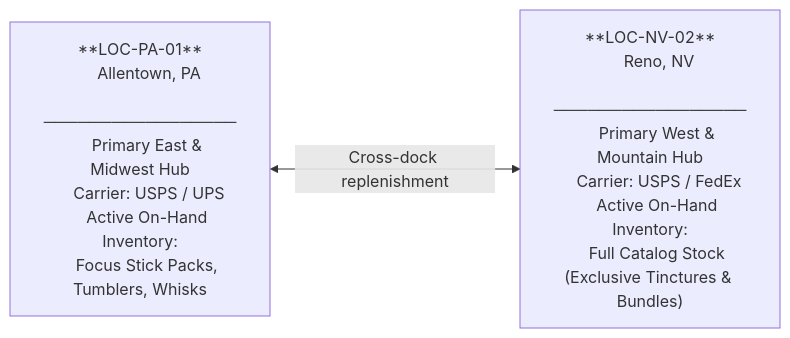
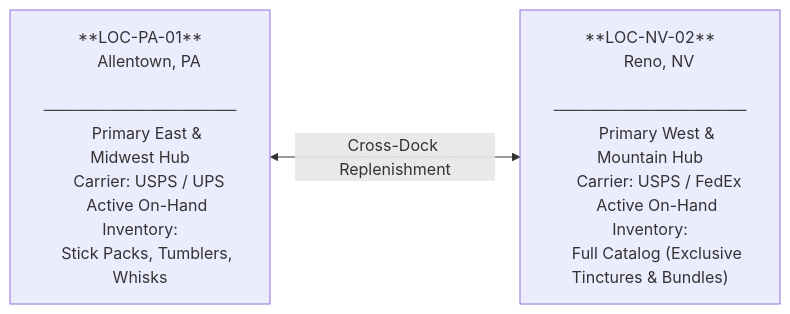
Before and after one commit to riovicsusas/portfolio: the first of 3 diagrams in master-dossiers/MasterDossier-Domain2-MultiNodeLogisticsRouting.md, drawn with Mermaid. The commit also changed other lines of this file and 3 other files, not shown here.

````diff
--- a/master-dossiers/MasterDossier-Domain2-MultiNodeLogisticsRouting.md
+++ b/master-dossiers/MasterDossier-Domain2-MultiNodeLogisticsRouting.md
@@ -109,20 +68,20 @@
 ```mermaid
 flowchart LR
     PA["**LOC-PA-01**
     Allentown, PA
     ─────────────────
     Primary East & Midwest Hub
     Carrier: USPS / UPS
     Active On-Hand Inventory:
-    Focus Stick Packs, Tumblers, Whisks"]
+    Stick Packs, Tumblers, Whisks"]
 
     NV["**LOC-NV-02**
     Reno, NV
     ─────────────────
     Primary West & Mountain Hub
     Carrier: USPS / FedEx
     Active On-Hand Inventory:
-    Full Catalog Stock (Exclusive Tinctures & Bundles)"]
+    Full Catalog (Exclusive Tinctures & Bundles)"]
 
-    PA <-->|"Cross-dock replenishment"| NV
+    PA <-->|"Cross-Dock Replenishment"| NV
 ```
````
